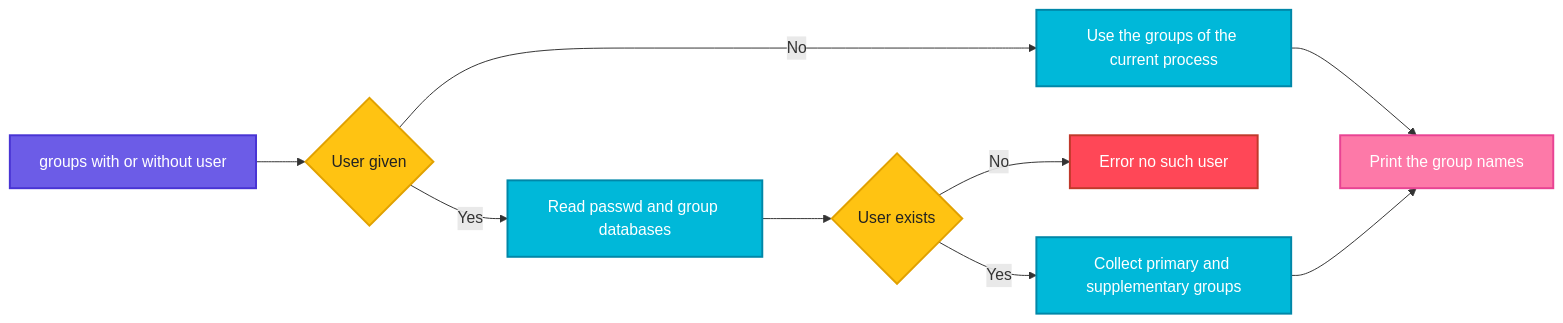
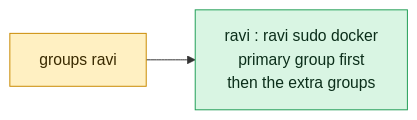
The diagram in linux/user-management/groups.md (codeKerdosTech/DevOps-Documentation), drawn with Mermaid before and after one commit. The commit also changed other lines of this file and 165 other files, not shown here.

Commit message:
updated diagrams in linux

````diff
--- a/linux/user-management/groups.md
+++ b/linux/user-management/groups.md
@@ -17,23 +17,11 @@
 ```mermaid
 flowchart LR
-    A[groups with or without user] --> B{User given}
-    B -->|No| C[Use the groups of the current process]
-    B -->|Yes| D[Read passwd and group databases]
-    D --> E{User exists}
-    E -->|No| F[Error no such user]
-    E -->|Yes| G[Collect primary and supplementary groups]
-    C --> H[Print the group names]
-    G --> H
-    classDef start fill:#6C5CE7,stroke:#4834D4,stroke-width:2px,color:#fff
-    classDef proc fill:#00B8D9,stroke:#0087A8,stroke-width:2px,color:#fff
-    classDef dec fill:#FFC312,stroke:#E1A100,stroke-width:2px,color:#222
-    classDef ok fill:#2ECC71,stroke:#1E8449,stroke-width:2px,color:#fff
-    classDef err fill:#FF4757,stroke:#C0392B,stroke-width:2px,color:#fff
-    classDef out fill:#FD79A8,stroke:#E84393,stroke-width:2px,color:#fff
-    classDef alt fill:#FF9F43,stroke:#E67E22,stroke-width:2px,color:#fff
-    class A start
-    class B,E dec
-    class C,D,G proc
-    class F err
-    class H out
+    c1[groups ravi] --> o1[ravi : ravi sudo docker<br/>primary group first<br/>then the extra groups]
+    classDef inp fill:#DCEBFF,stroke:#2F6FDE,color:#10213F
+    classDef cmd fill:#FFF0C2,stroke:#C98A00,color:#3A2A00
+    classDef out fill:#D9F5E3,stroke:#1F9D55,color:#0B2E1A
+    classDef bad fill:#FDE0E0,stroke:#D13B3B,color:#4A0F0F
+    classDef note fill:#ECEFF3,stroke:#7B8794,color:#1F2933
+    class c1 cmd
+    class o1 out
 ```
````
